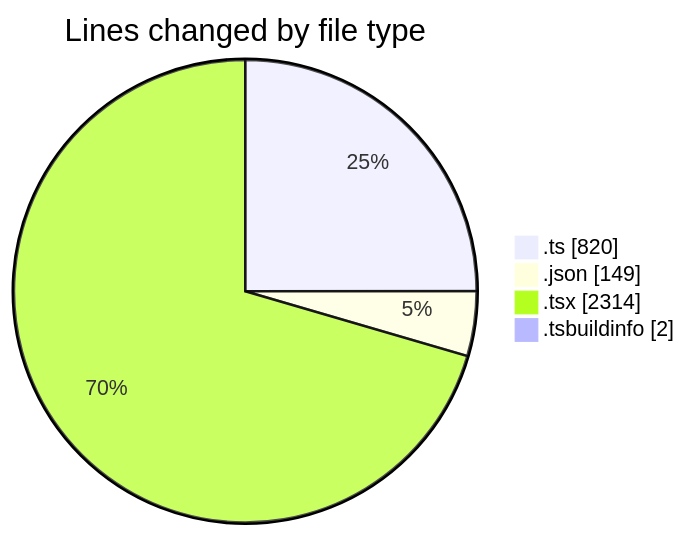
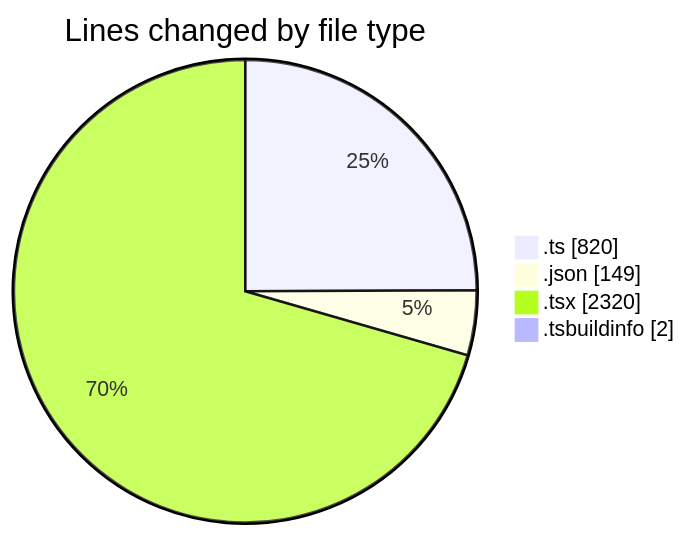
Before and after one commit to robertbonfada/code-tracking: the first of 2 diagrams in 2025-02-20/mbc-web/README.md, drawn with Mermaid. The commit also changed other lines of this file and 1 other file, not shown here.

````diff
--- a/2025-02-20/mbc-web/README.md
+++ b/2025-02-20/mbc-web/README.md
@@ -41,8 +41,8 @@
 ```mermaid
 pie showData
 title Lines changed by file type
 ".ts" : 820
 ".json" : 149
-".tsx" : 2314
+".tsx" : 2320
 ".tsbuildinfo" : 2
 ```
````
